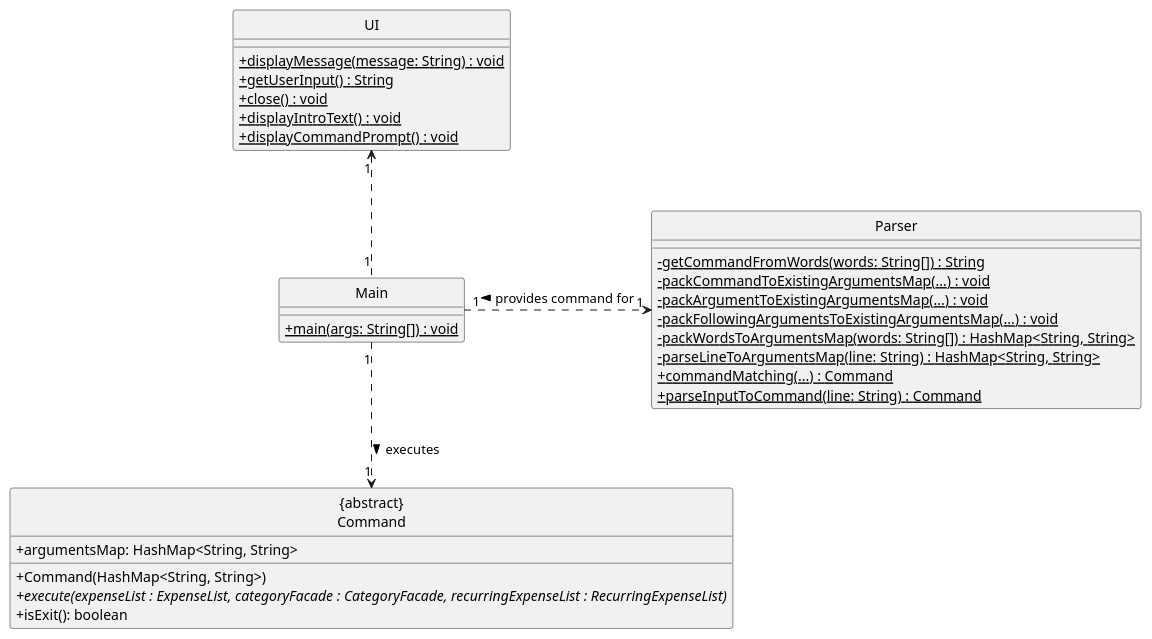
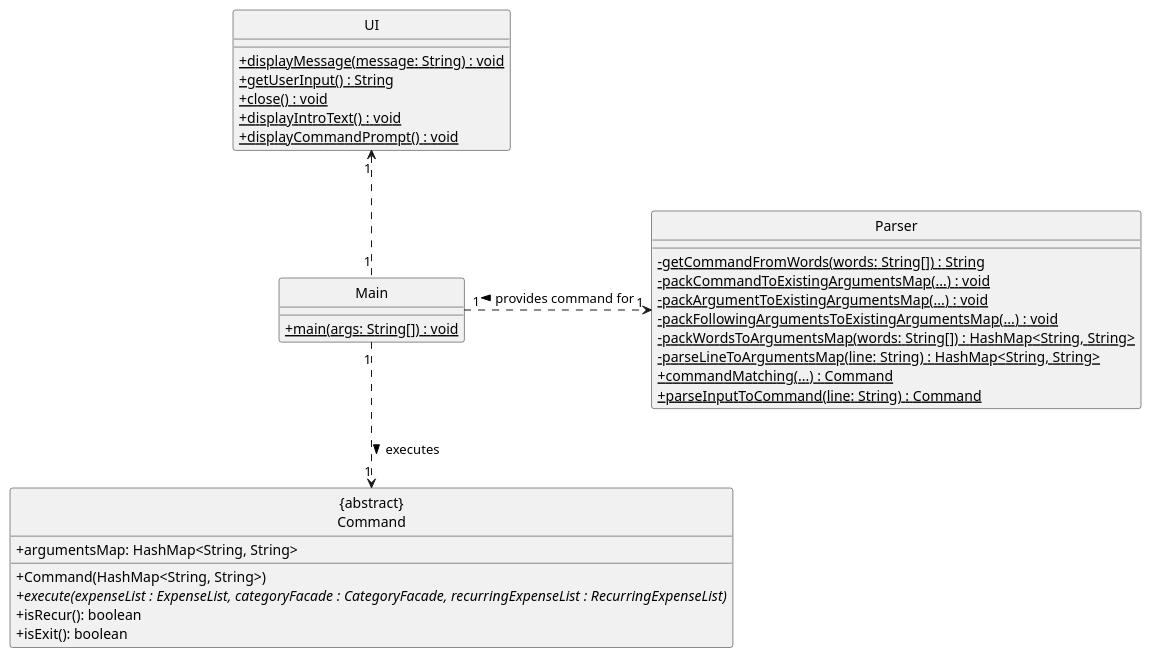
One commit to nus-cs2113-AY2425S1/tp changed the diagram in docs/diagrams/plantuml/UiToCommand.puml. Above: the diagram before and after it, drawn with PlantUML. The commit also changed 1 other file, not shown here.

Commit message:
Add isRecur

```diff
--- a/docs/diagrams/plantuml/UiToCommand.puml
+++ b/docs/diagrams/plantuml/UiToCommand.puml
@@ -1,40 +1,41 @@
 @startuml
 skinparam classAttributeIconSize 0
 hide circle
 
 class UI {
     +displayMessage(message: String) {static} : void
     +getUserInput() {static} : String
     +close() {static} : void
     +displayIntroText() {static} : void
     +displayCommandPrompt() {static} : void
 }
 
 class Main {
     +main(args: String[]) {static} : void
 }
 
 class Parser {
     -getCommandFromWords(words: String[]) {static} : String
     -packCommandToExistingArgumentsMap(...) {static} : void
     -packArgumentToExistingArgumentsMap(...) {static} : void
     -packFollowingArgumentsToExistingArgumentsMap(...) {static} : void
     -packWordsToArgumentsMap(words: String[]) {static} : HashMap<String, String>
     -parseLineToArgumentsMap(line: String) {static} : HashMap<String, String>
     +commandMatching(...) {static} : Command
     +parseInputToCommand(line: String) {static} : Command
 }
 
 class "{abstract}\nCommand" {
     +argumentsMap: HashMap<String, String>
     +Command(HashMap<String, String>)
     +execute(expenseList : ExpenseList, categoryFacade : CategoryFacade, recurringExpenseList : RecurringExpenseList) {abstract}
+    +isRecur(): boolean
     +isExit(): boolean
 }
 
 
 Main "1" .up.> "1" UI
 Main "1" .right.> "1" Parser : < provides command for
 Main "1" .down.> "1" "{abstract}\nCommand" : executes >
 
 @enduml
```
